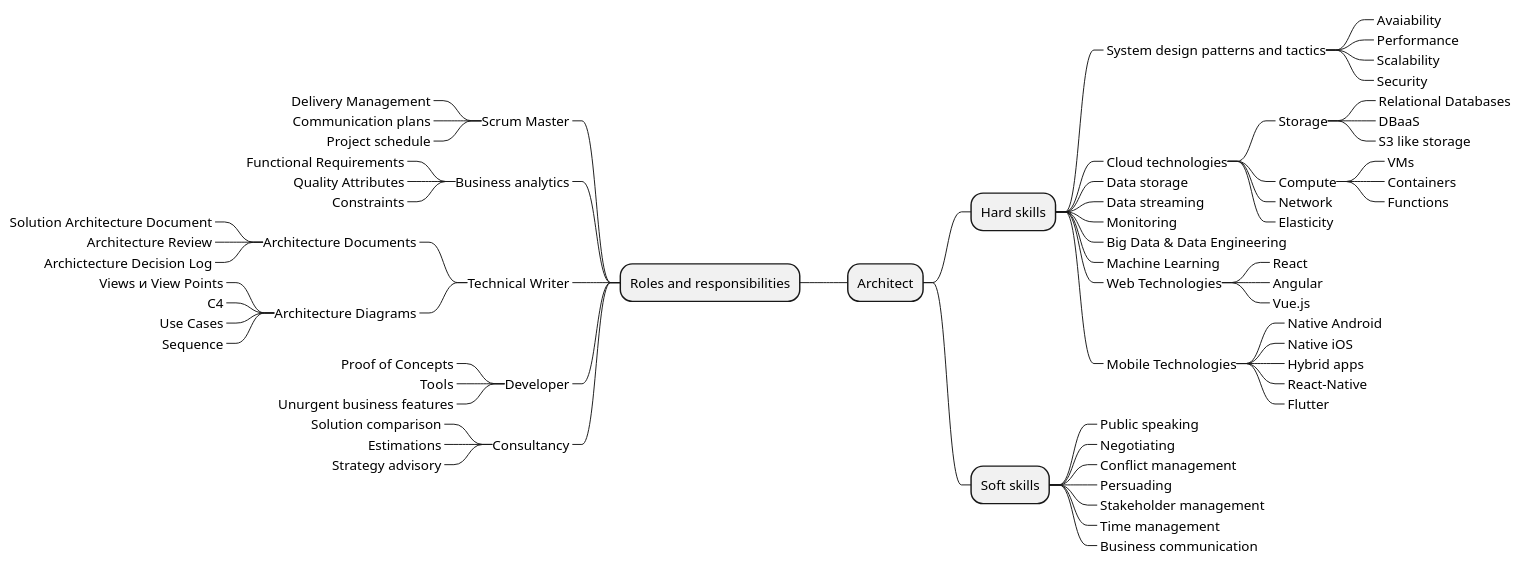
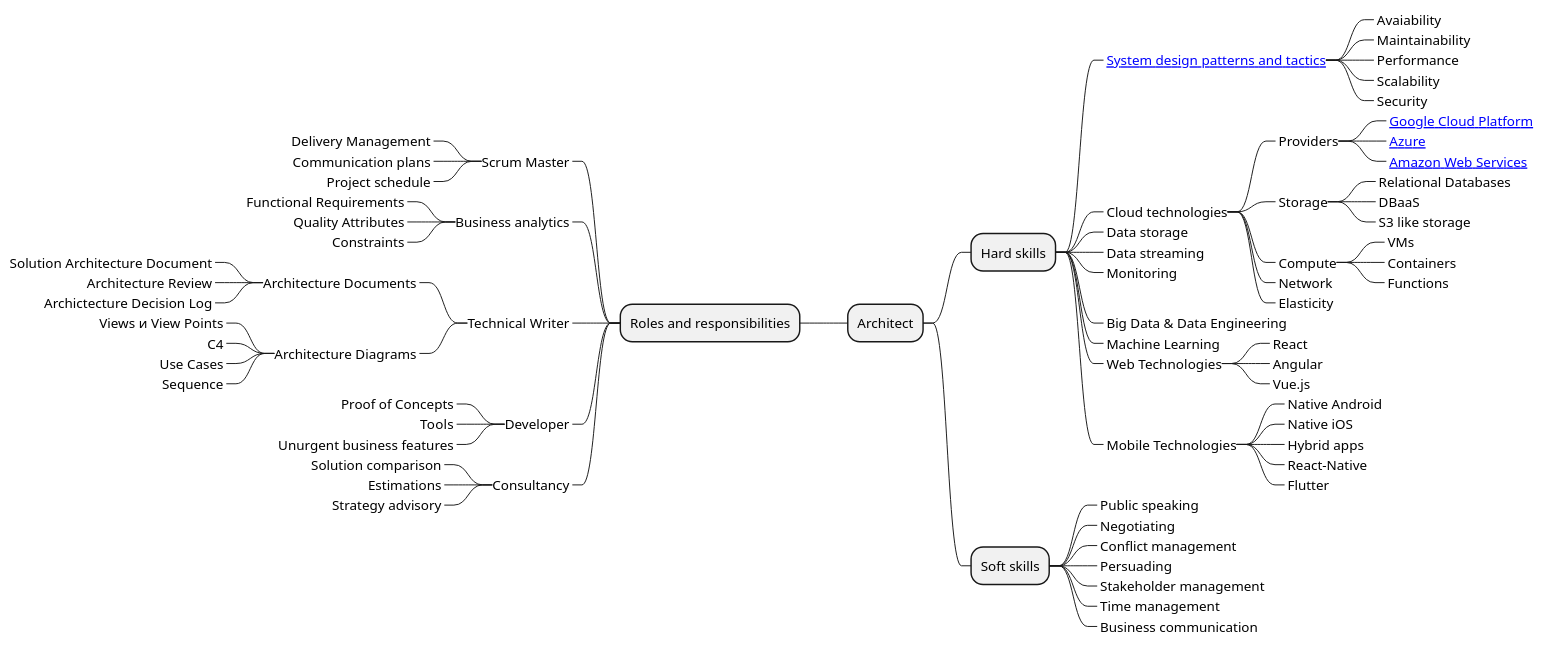
Before and after one commit to vvsevolodovich/solution-architect-roadmap: the diagram in roadmap-en.puml, drawn with PlantUML.

Commit message:
Adding links
* Books
* Cloud links

```diff
--- a/roadmap-en.puml
+++ b/roadmap-en.puml
@@ -1,79 +1,84 @@
 @startmindmap
 * Architect
 
 right side 
 
 ** Hard skills
-***_ System design patterns and tactics
+***_ [[https://www.amazon.com/Software-Architecture-Practice-3rd-Engineering/dp/0321815734 System design patterns and tactics]]
 ****_ Avaiability
+****_ Maintainability
 ****_ Performance
 ****_ Scalability
 ****_ Security
 ***_ Cloud technologies
+****_ Providers
+*****_ [[https://cloud.google.com/gcp Google Cloud Platform]]
+*****_ [[https://azure.microsoft.com/en-us/ Azure]]
+*****_ [[https://aws.amazon.com/ Amazon Web Services]] 
 ****_ Storage
 *****_ Relational Databases
 *****_ DBaaS
 *****_ S3 like storage
 ****_ Compute
 *****_ VMs
 *****_ Containers
 *****_ Functions
 ****_ Network
 ****_ Elasticity
 ***_ Data storage
 ***_ Data streaming
 ***_ Monitoring
 ***_ Big Data & Data Engineering
 ***_ Machine Learning
 ***_ Web Technologies
 ****_ React
 ****_ Angular
 ****_ Vue.js
 ***_ Mobile Technologies
 ****_ Native Android
 ****_ Native iOS
 ****_ Hybrid apps
 ****_ React-Native
 ****_ Flutter
 
 ** Soft skills
 ***_ Public speaking
 ***_ Negotiating
 ***_ Conflict management
 ***_ Persuading
 ***_ Stakeholder management
 ***_ Time management
 ***_ Business communication
 
 left side 
 
 ** Roles and responsibilities
 ***_ Scrum Master
 ****_ Delivery Management
 ****_ Communication plans
 ****_ Project schedule
 ***_ Business analytics
 ****_ Functional Requirements
 ****_ Quality Attributes
 ****_ Constraints
 ***_ Technical Writer
 ****_ Architecture Documents
 *****_ Solution Architecture Document
 *****_ Architecture Review
 *****_ Archictecture Decision Log
 ****_ Architecture Diagrams
 *****_ Views и View Points
 *****_ C4
 *****_ Use Cases
 *****_ Sequence
 ***_ Developer
 ****_ Proof of Concepts
 ****_ Tools
 ****_ Unurgent business features
 ***_ Consultancy
 ****_ Solution comparison
 ****_ Estimations
 ****_ Strategy advisory
 
 
 @endmindmap
```
